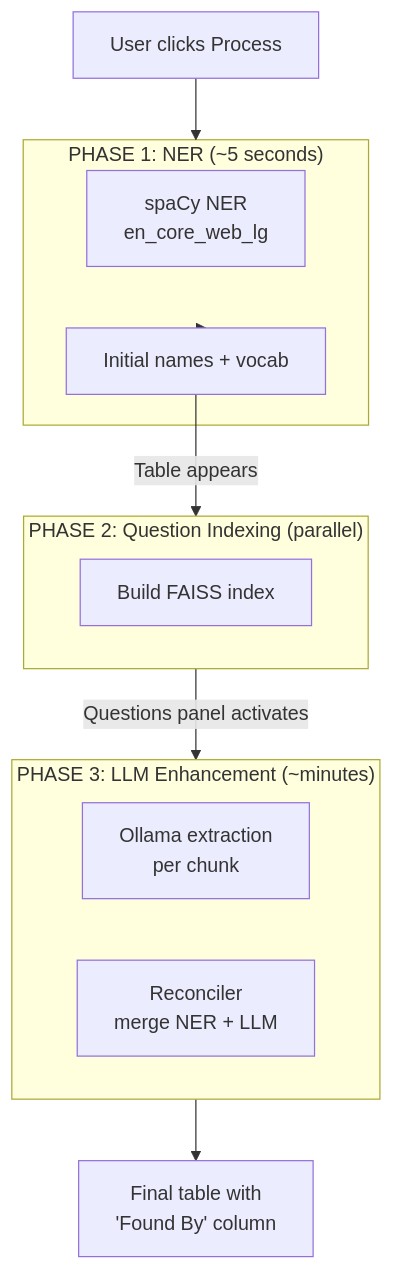
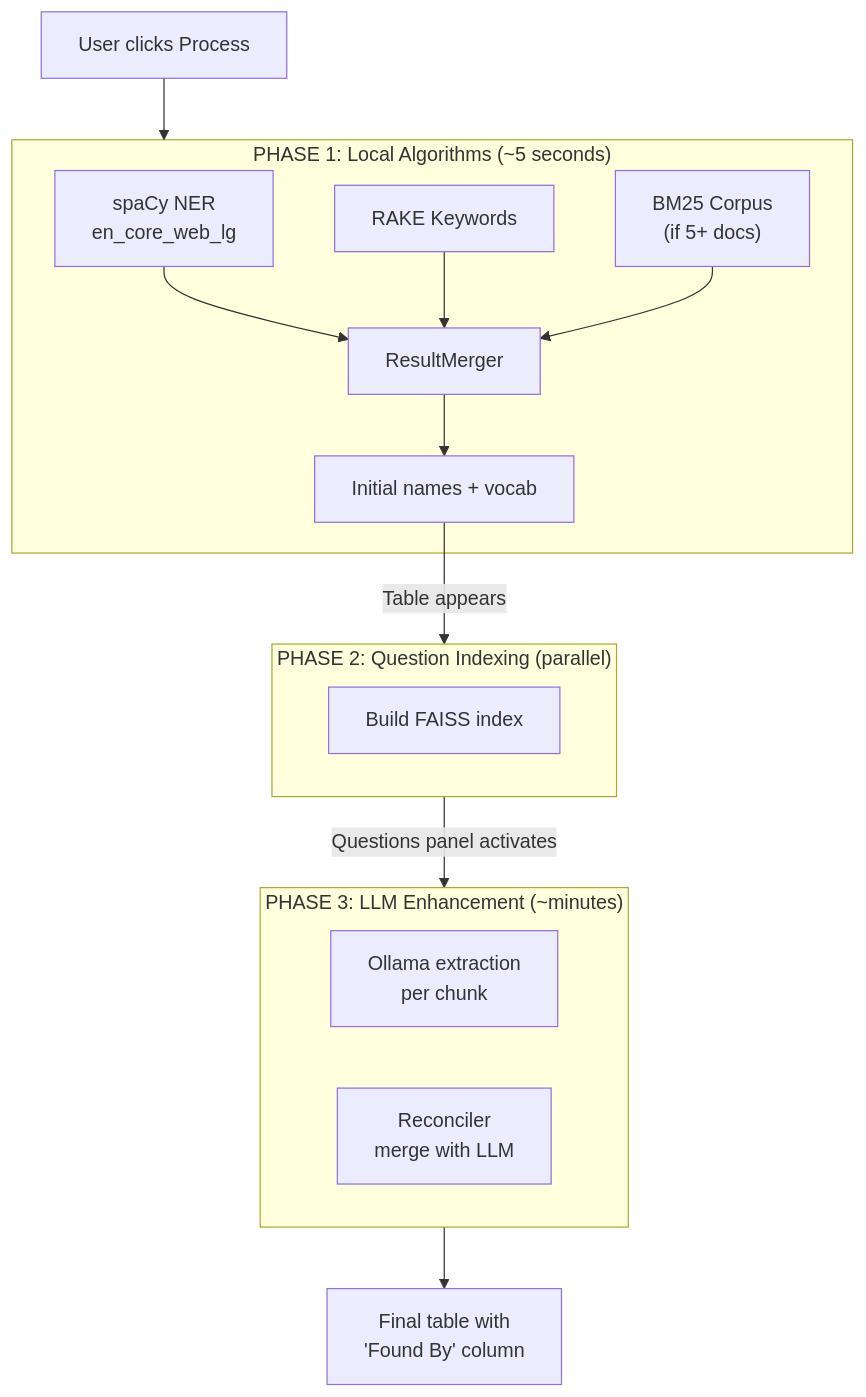
The fourth of 6 diagrams in ARCHITECTURE.md (caseprepd-app/CaseSummarizer), drawn with Mermaid before and after one commit. The commit also changed other lines of this file and 13 other files, not shown here.

First line of the commit message:
fix: Session 52b - RAKE/BM25 algorithms now actually run in Phase 1

````diff
--- a/ARCHITECTURE.md
+++ b/ARCHITECTURE.md
@@ -258,26 +258,32 @@
 ```mermaid
 flowchart TB
     Start["User clicks Process"]
 
-    subgraph Phase1["PHASE 1: NER (~5 seconds)"]
+    subgraph Phase1["PHASE 1: Local Algorithms (~5 seconds)"]
         NER["spaCy NER<br/>en_core_web_lg"]
-        NERResult["Initial names + vocab"]
+        RAKE["RAKE Keywords"]
+        BM25["BM25 Corpus<br/>(if 5+ docs)"]
+        Merger["ResultMerger"]
+        Phase1Result["Initial names + vocab"]
     end
 
     subgraph Phase2["PHASE 2: Question Indexing (parallel)"]
         Index["Build FAISS index"]
     end
 
     subgraph Phase3["PHASE 3: LLM Enhancement (~minutes)"]
         LLMExtract["Ollama extraction<br/>per chunk"]
-        Reconcile["Reconciler<br/>merge NER + LLM"]
+        Reconcile["Reconciler<br/>merge with LLM"]
     end
 
     Output["Final table with<br/>'Found By' column"]
 
     Start --> Phase1
-    Phase1 --> NERResult
-    NERResult -->|"Table appears"| Phase2
+    NER --> Merger
+    RAKE --> Merger
+    BM25 --> Merger
+    Merger --> Phase1Result
+    Phase1Result -->|"Table appears"| Phase2
     Phase2 -->|"Questions panel activates"| Phase3
     Phase3 --> Output
 ```
````
